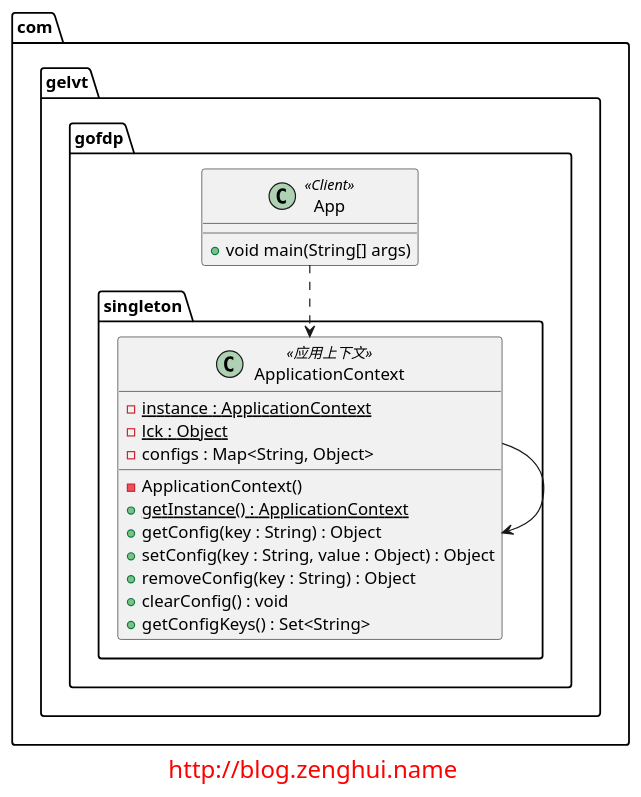
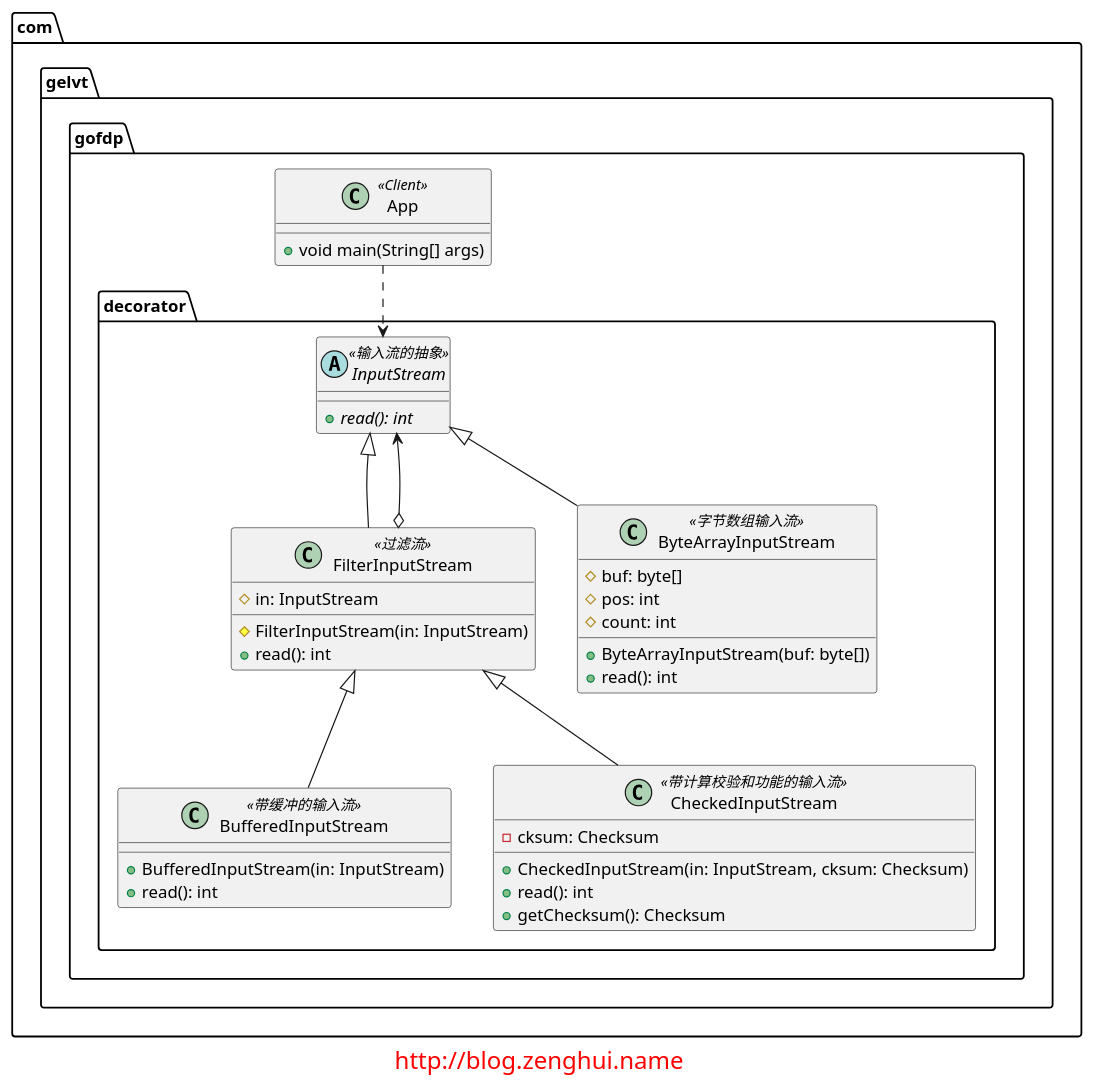
The diagram in decorator/diagrams/decorator.puml (elvinzeng/java-design-pattern-samples), drawn with PlantUML before and after one commit. The commit also changed 2 other files, not shown here.

Commit message:
绘制好装饰器模式例子的类图

```diff
--- a/decorator/diagrams/decorator.puml
+++ b/decorator/diagrams/decorator.puml
@@ -1,36 +1,55 @@
 @startuml
 
-package com.gelvt.gofdp.singleton{
+package com.gelvt.gofdp.decorator{
 
-
-    class ApplicationContext <<应用上下文>> {
-        - instance : ApplicationContext {static}
-        - lck : Object {static}
-        - configs : Map<String, Object>
-        - ApplicationContext()
-        + getInstance() : ApplicationContext {static}
-        + getConfig(key : String) : Object
-        + setConfig(key : String, value : Object) : Object
-        + removeConfig(key : String) : Object
-        + clearConfig() : void
-        + getConfigKeys() : Set<String>
+    abstract class InputStream <<输入流的抽象>> {
+        + {abstract} read(): int
     }
 
-    ApplicationContext --> ApplicationContext
+    class FilterInputStream <<过滤流>> {
+        # in: InputStream
+        # FilterInputStream(in: InputStream)
+        + read(): int
+    }
 
+    class BufferedInputStream <<带缓冲的输入流>>{
+        + BufferedInputStream(in: InputStream)
+        + read(): int
+    }
+
+    class CheckedInputStream <<带计算校验和功能的输入流>> {
+        - cksum: Checksum
+        + CheckedInputStream(in: InputStream, cksum: Checksum)
+        + read(): int
+        + getChecksum(): Checksum
+    }
+
+    class ByteArrayInputStream <<字节数组输入流>> {
+        # buf: byte[]
+        # pos: int
+        # count: int
+        + ByteArrayInputStream(buf: byte[])
+        + read(): int
+    }
+
+    InputStream <|-- FilterInputStream
+    FilterInputStream <|-- BufferedInputStream
+    FilterInputStream <|-- CheckedInputStream
+    FilterInputStream o--> InputStream
+    InputStream <|-- ByteArrayInputStream
 }
 
 package com.gelvt.gofdp{
     class App <<Client>>{
         + void main(String[] args)
     }
 }
 
-App ..> ApplicationContext
+App ..> InputStream
 
 
 footer
 <font size="20" color="red">http://blog.zenghui.name</font>
 endfooter
 
 @enduml
```
